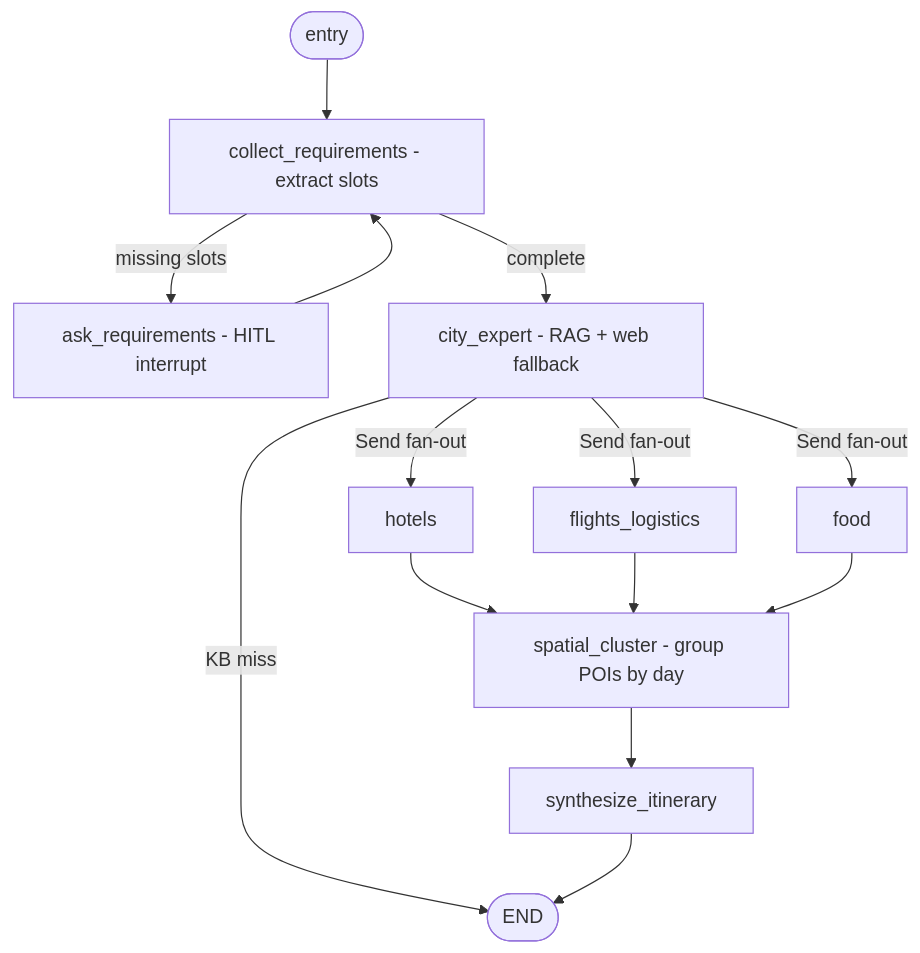
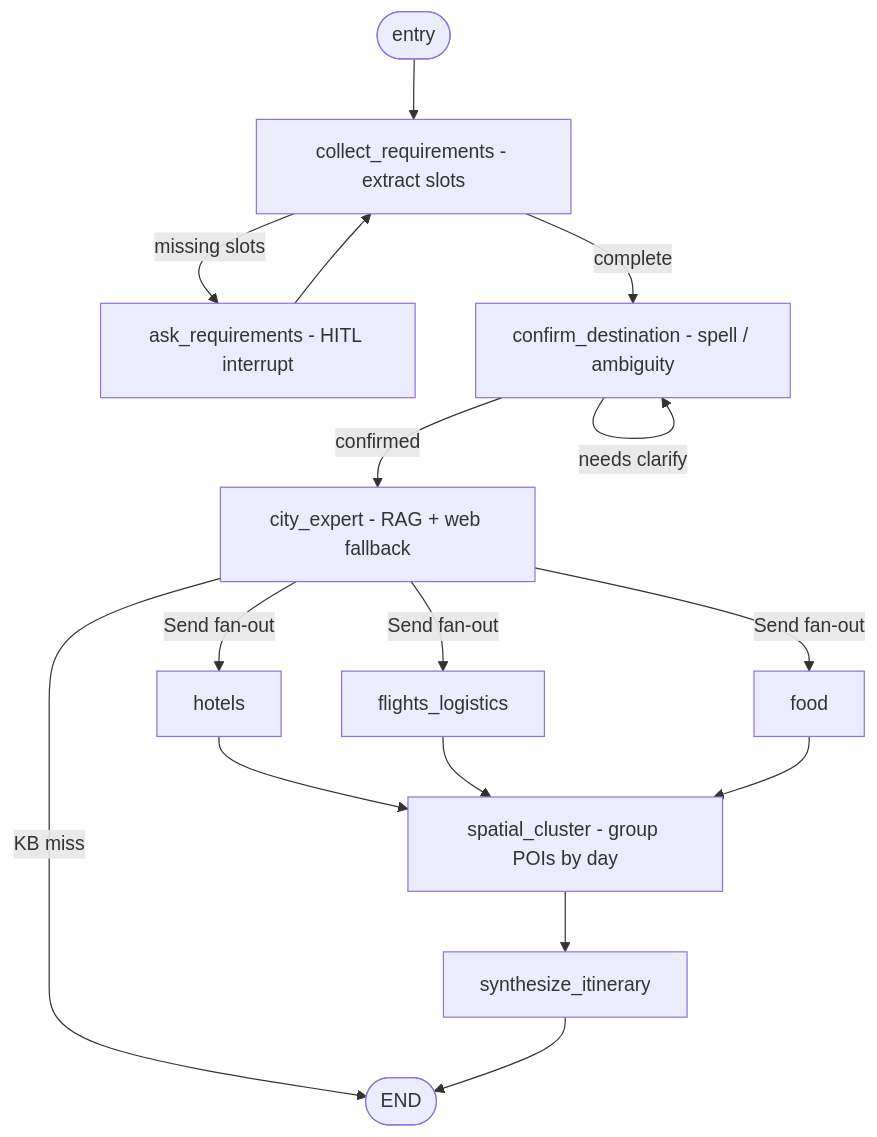
One commit to eng-mostafa-alrahal/autonomous-travel-guide changed the first of 2 diagrams in docs/travel-planner.md. Above: the diagram before and after it, drawn with Mermaid. The commit also changed other lines of this file and 40 other files, not shown here.

First line of the commit message:
feat(travel): friendlier planning UX, destination confirm, and fuller itineraries

````diff
--- a/docs/travel-planner.md
+++ b/docs/travel-planner.md
@@ -7,16 +11,18 @@
 ```mermaid
 flowchart TD
     Start([entry]) --> Collect[collect_requirements - extract slots]
     Collect -->|missing slots| Ask[ask_requirements - HITL interrupt]
     Ask --> Collect
-    Collect -->|complete| City[city_expert - RAG + web fallback]
+    Collect -->|complete| Confirm[confirm_destination - spell / ambiguity]
+    Confirm -->|needs clarify| Confirm
+    Confirm -->|confirmed| City[city_expert - RAG + web fallback]
     City -->|KB miss| EndNode([END])
     City -->|Send fan-out| Hotels[hotels]
     City -->|Send fan-out| Flights[flights_logistics]
     City -->|Send fan-out| Food[food]
     Hotels --> Cluster[spatial_cluster - group POIs by day]
     Flights --> Cluster
     Food --> Cluster
     Cluster --> Synth[synthesize_itinerary]
     Synth --> EndNode([END])
 ```
````
